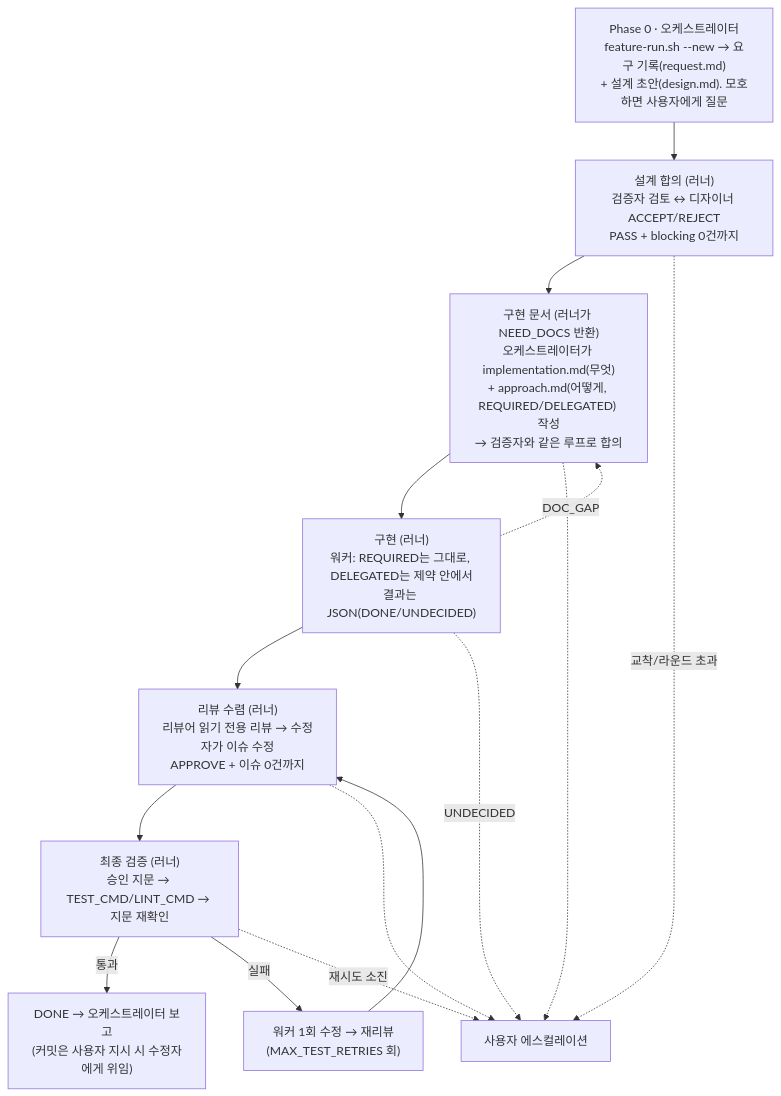
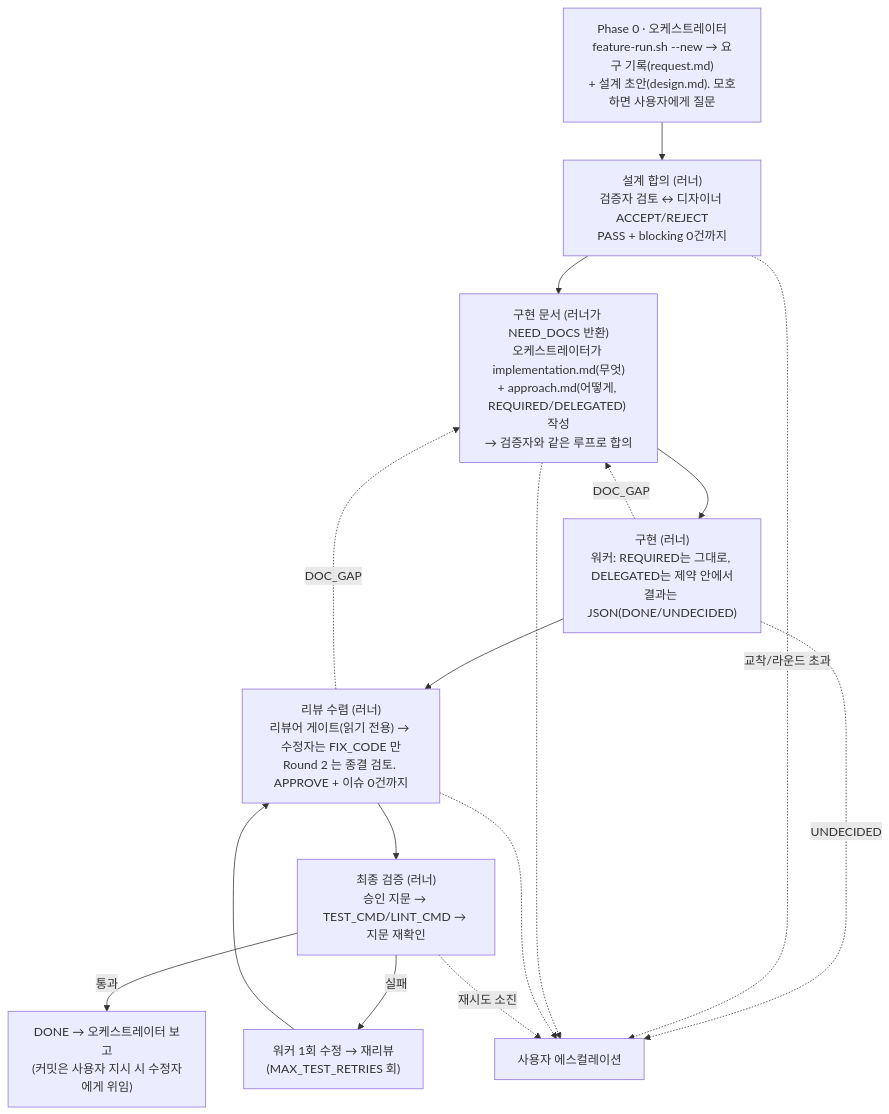
One commit to DEV-asdf-516/feature-skill changed the diagram in README.md. Above: the diagram before and after it, drawn with Mermaid. The commit also changed other lines of this file and 166 other files, not shown here.

````diff
--- a/README.md
+++ b/README.md
@@ -23,16 +23,17 @@
 ```mermaid
 flowchart TD
     P0["Phase 0 · 오케스트레이터\nfeature-run.sh --new → 요구 기록(request.md)\n+ 설계 초안(design.md). 모호하면 사용자에게 질문"] --> P1
     P1["설계 합의 (러너)\n검증자 검토 ↔ 디자이너 ACCEPT/REJECT\nPASS + blocking 0건까지"] --> P15
     P15["구현 문서 (러너가 NEED_DOCS 반환)\n오케스트레이터가 implementation.md(무엇)\n+ approach.md(어떻게, REQUIRED/DELEGATED) 작성\n→ 검증자와 같은 루프로 합의"] --> P2
     P2["구현 (러너)\n워커: REQUIRED는 그대로, DELEGATED는 제약 안에서\n결과는 JSON(DONE/UNDECIDED)"] --> P3
     P2 -.DOC_GAP.-> P15
-    P3["리뷰 수렴 (러너)\n리뷰어 읽기 전용 리뷰 → 수정자가 이슈 수정\nAPPROVE + 이슈 0건까지"] --> P4
+    P3["리뷰 수렴 (러너)\n리뷰어 게이트(읽기 전용) → 수정자는 FIX_CODE 만\nRound 2 는 종결 검토. APPROVE + 이슈 0건까지"] --> P4
+    P3 -.DOC_GAP.-> P15
     P4["최종 검증 (러너)\n승인 지문 → TEST_CMD/LINT_CMD → 지문 재확인"] -->|통과| DONE["DONE → 오케스트레이터 보고\n(커밋은 사용자 지시 시 수정자에게 위임)"]
     P4 -->|실패| P2R["워커 1회 수정 → 재리뷰\n(MAX_TEST_RETRIES 회)"] --> P3
     P2 -.UNDECIDED.-> ESC
     P1 -.교착/라운드 초과.-> ESC["사용자 에스컬레이션"]
     P15 -.-> ESC
     P3 -.-> ESC
     P4 -.재시도 소진.-> ESC
 ```
````
